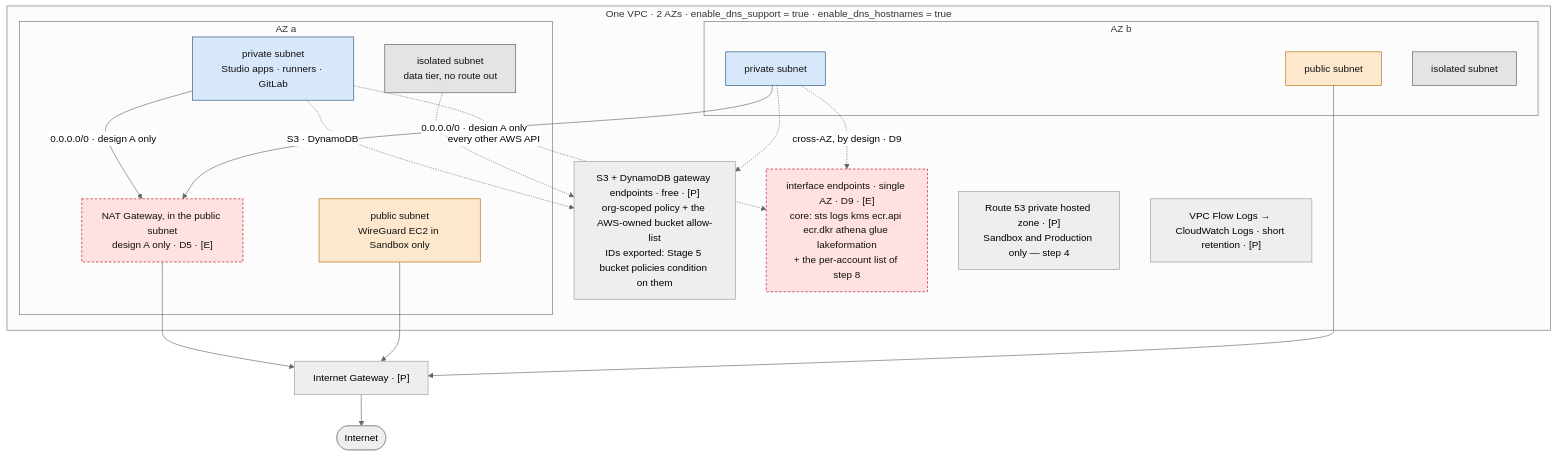
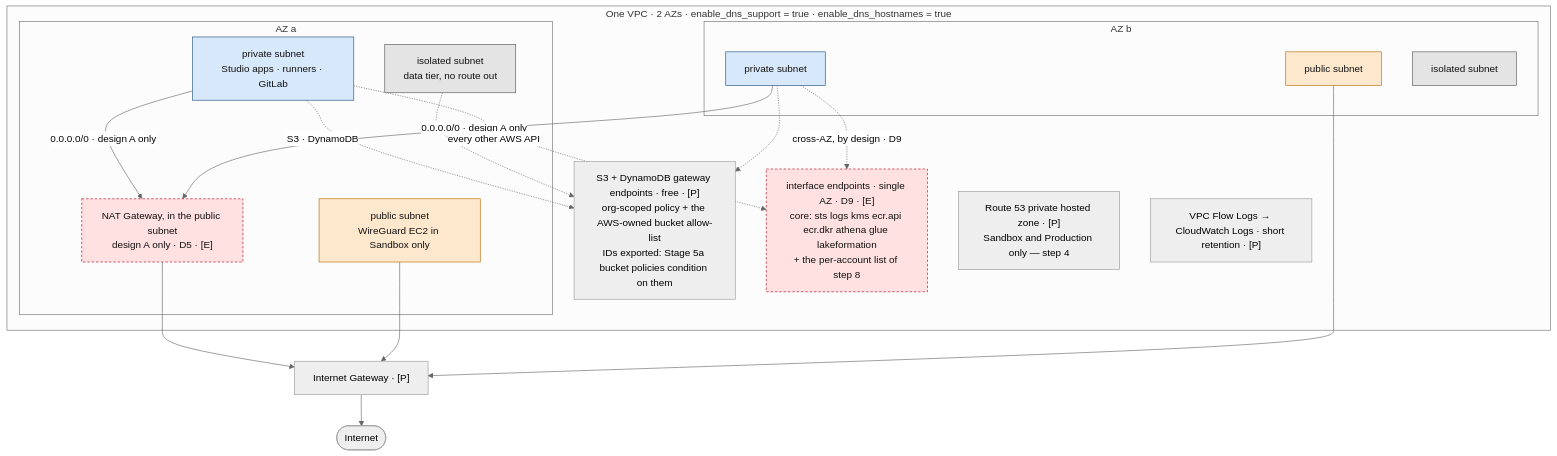
The second of 3 diagrams in docs/plan/stages/stage-03-networking.md (felipenoris/AWS-DataScience), drawn with Mermaid (neutral theme) before and after one commit. The commit also changed other lines of this file and 99 other files, not shown here.

````diff
--- a/docs/plan/stages/stage-03-networking.md
+++ b/docs/plan/stages/stage-03-networking.md
@@ -145,44 +145,44 @@
 ```mermaid
 flowchart TB
     NET(["Internet"])
     IGW["Internet Gateway · [P]"]
 
     subgraph VPC["One VPC · 2 AZs · enable_dns_support = true · enable_dns_hostnames = true"]
         subgraph AZA["AZ a"]
             PUBA["public subnet<br/>WireGuard EC2 in Sandbox only"]
             NAT["NAT Gateway, in the public subnet<br/>design A only · D5 · [E]"]
             PRIA["private subnet<br/>Studio apps · runners · GitLab"]
             ISOA["isolated subnet<br/>data tier, no route out"]
         end
         subgraph AZB["AZ b"]
             PUBB["public subnet"]
             PRIB["private subnet"]
             ISOB["isolated subnet"]
         end
-        GWEP["S3 + DynamoDB gateway endpoints · free · [P]<br/>org-scoped policy + the AWS-owned bucket allow-list<br/>IDs exported: Stage 5 bucket policies condition on them"]
+        GWEP["S3 + DynamoDB gateway endpoints · free · [P]<br/>org-scoped policy + the AWS-owned bucket allow-list<br/>IDs exported: Stage 5a bucket policies condition on them"]
         IFEP["interface endpoints · single AZ · D9 · [E]<br/>core: sts logs kms ecr.api ecr.dkr athena glue lakeformation<br/>+ the per-account list of step 8"]
         PHZ["Route 53 private hosted zone · [P]<br/>Sandbox and Production only — step 4"]
         FLOW["VPC Flow Logs → CloudWatch Logs · short retention · [P]"]
     end
 
     PRIA -->|"0.0.0.0/0 · design A only"| NAT
     PRIB -->|"0.0.0.0/0 · design A only"| NAT
     NAT --> IGW
     PUBA --> IGW
     PUBB --> IGW
     IGW --> NET
     PRIA -.->|"S3 · DynamoDB"| GWEP
     ISOA -.-> GWEP
     PRIB -.-> GWEP
     PRIA -.->|"every other AWS API"| IFEP
     PRIB -.->|"cross-AZ, by design · D9"| IFEP
 
     classDef pub fill:#fde8cd,stroke:#b26a00,color:#111;
     classDef priv fill:#d8e8fb,stroke:#1f4e79,color:#111;
     classDef iso fill:#e4e4e4,stroke:#555555,color:#111;
     classDef eph fill:#ffe1e1,stroke:#b00020,color:#111,stroke-dasharray: 4 3;
     class PUBA,PUBB pub;
     class PRIA,PRIB priv;
     class ISOA,ISOB iso;
     class NAT,IFEP eph;
 ```
````
